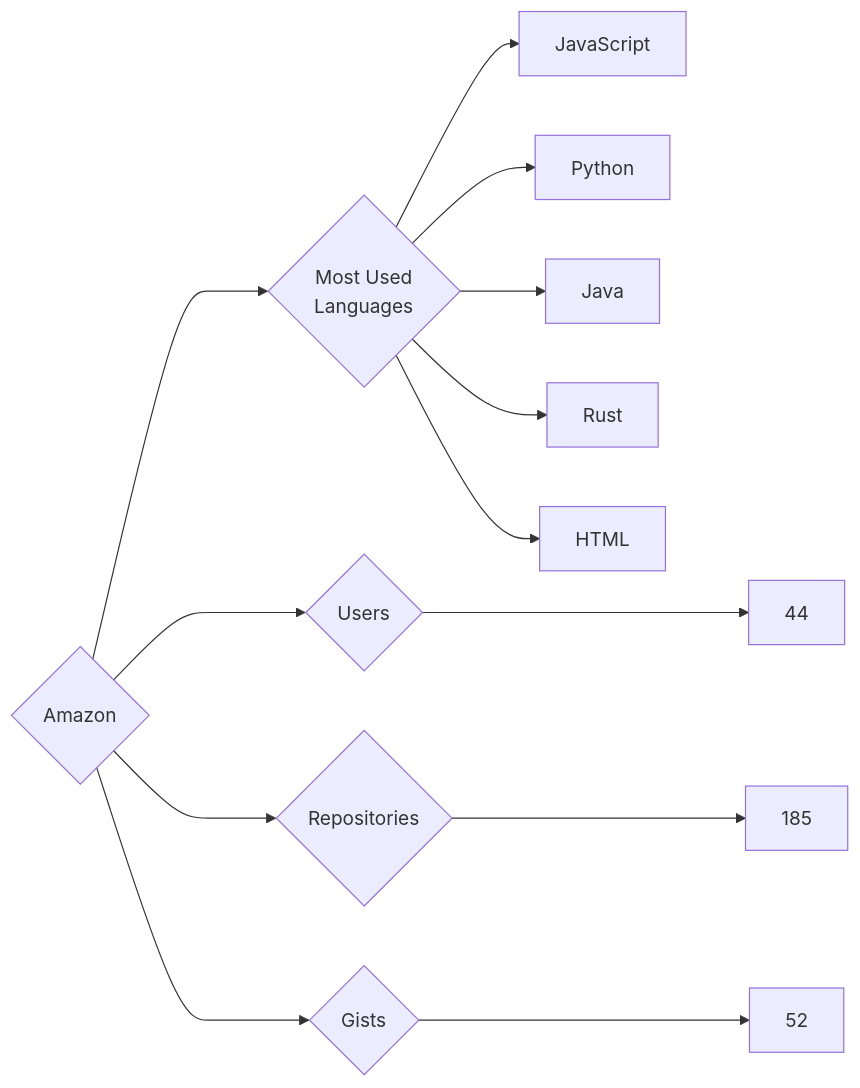
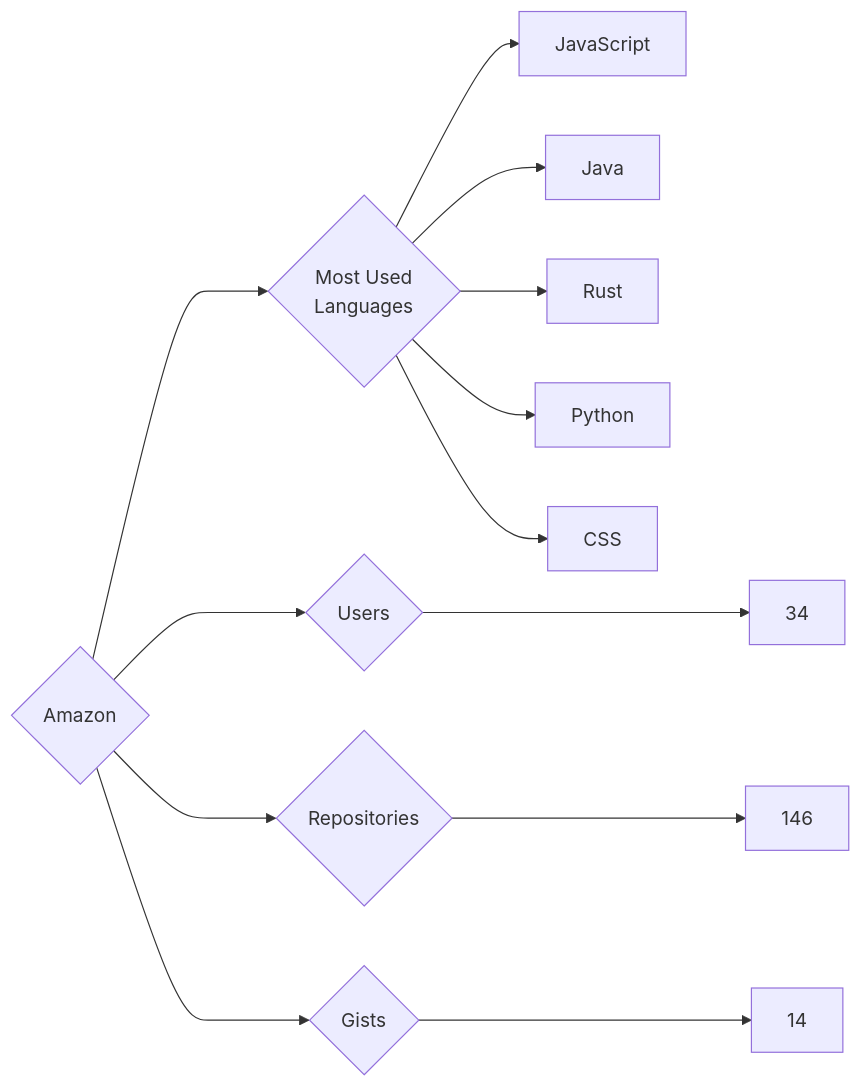
One commit to trickest/insiders changed the diagram in targets/Amazon/README.md. Above: the diagram before and after it, drawn with Mermaid. The commit also changed 569 other files, not shown here.

````diff
--- a/targets/Amazon/README.md
+++ b/targets/Amazon/README.md
@@ -3,13 +3,13 @@
 ```mermaid
 graph LR
 COMPANY_NAME{Amazon}
-COMPANY_NAME ---> U{Users} ---> UN[44]
-COMPANY_NAME ---> R{Repositories} ---> RN[185]
-COMPANY_NAME ---> G{Gists} ---> GN[52]
+COMPANY_NAME ---> U{Users} ---> UN[34]
+COMPANY_NAME ---> R{Repositories} ---> RN[146]
+COMPANY_NAME ---> G{Gists} ---> GN[14]
 COMPANY_NAME ---> ML{Most Used<br>Languages}
 ML --> JavaScript[JavaScript]
-ML --> Python[Python]
 ML --> Java[Java]
 ML --> Rust[Rust]
-ML --> HTML[HTML]
+ML --> Python[Python]
+ML --> CSS[CSS]
 ```
````
